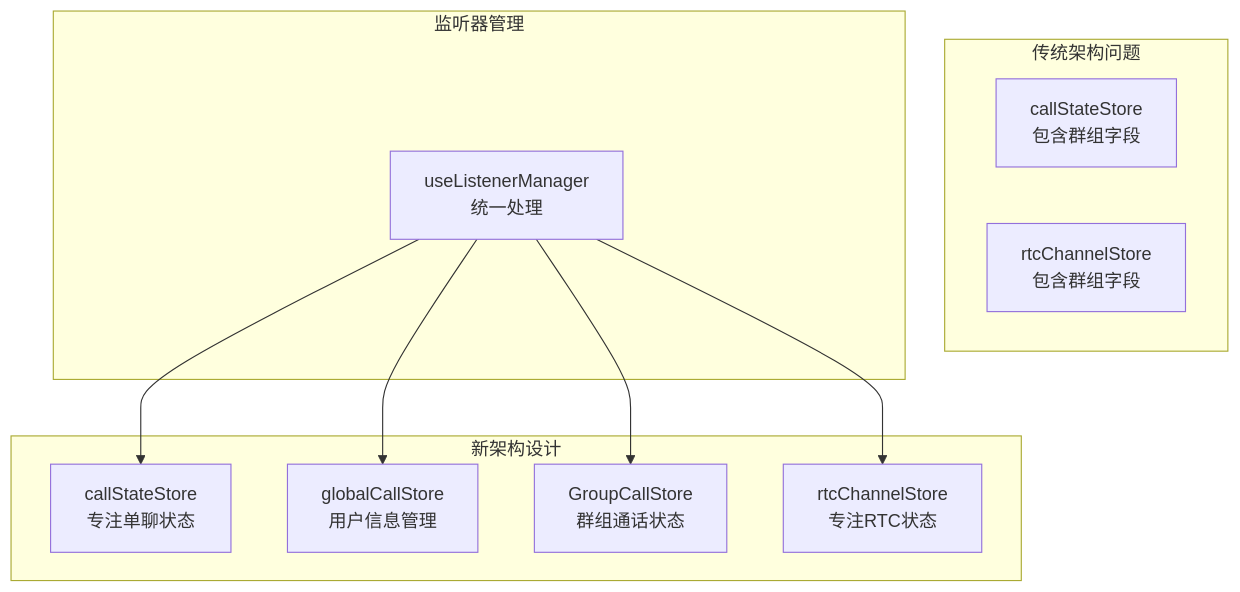
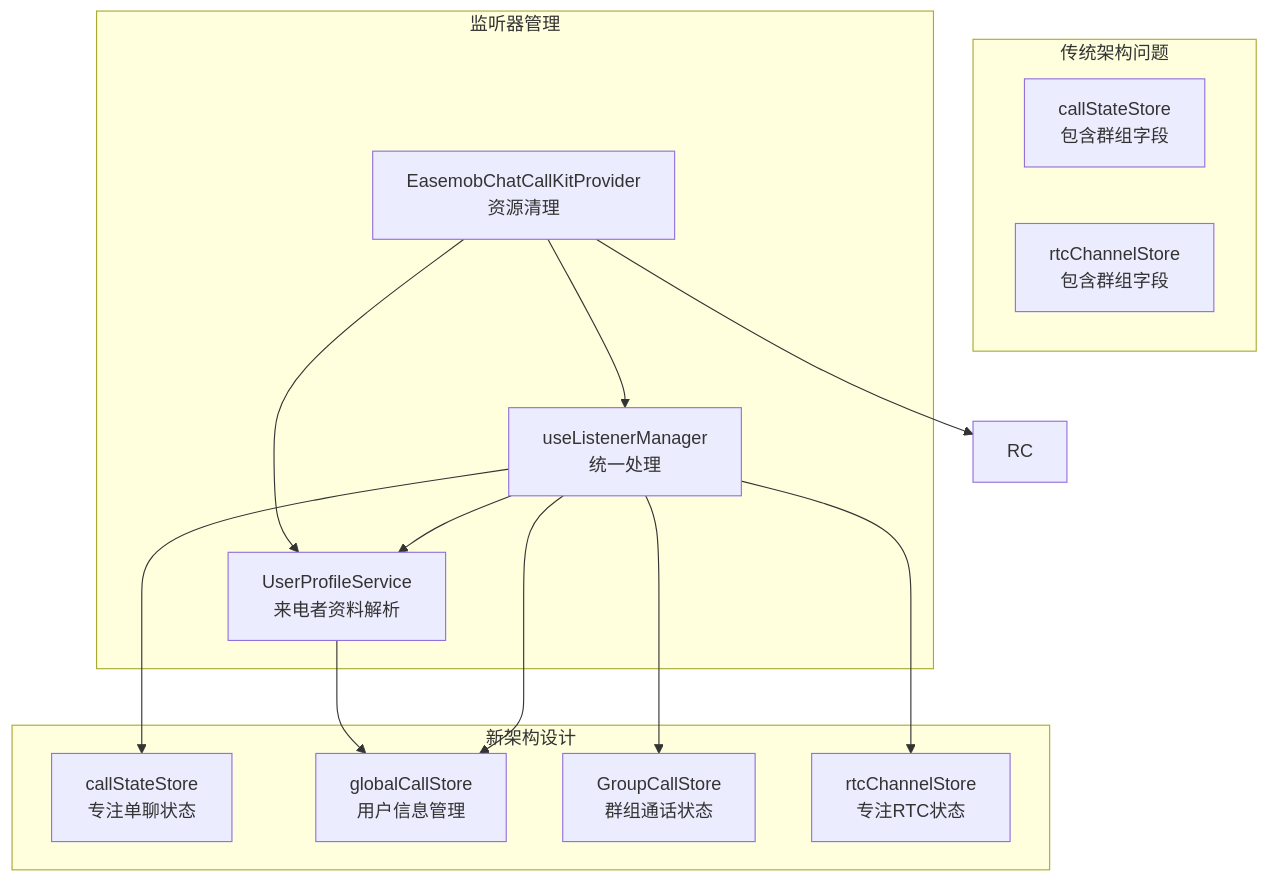
One commit to Easemob-Community/easemob-uikit-callkit-vue3 changed the third of 22 diagrams in .qoder/repowiki/zh/content/组合式 API/监听器管理 API.md. Above: the diagram before and after it, drawn with Mermaid. The commit also changed other lines of this file and 58 other files, not shown here.

````diff
--- a/.qoder/repowiki/zh/content/组合式 API/监听器管理 API.md
+++ b/.qoder/repowiki/zh/content/组合式 API/监听器管理 API.md
@@ -262,20 +331,27 @@
 ```mermaid
 graph TB
 subgraph "传统架构问题"
 CS1[callStateStore<br/>包含群组字段]
 RC1[rtcChannelStore<br/>包含群组字段]
 end
 subgraph "新架构设计"
 CS2[callStateStore<br/>专注单聊状态]
 GCS[globalCallStore<br/>用户信息管理]
 GCS2[GroupCallStore<br/>群组通话状态]
 RC2[rtcChannelStore<br/>专注RTC状态]
 end
 subgraph "监听器管理"
 LM[useListenerManager<br/>统一处理]
+UPS[UserProfileService<br/>来电者资料解析]
+ELM[EasemobChatCallKitProvider<br/>资源清理]
 end
 LM --> CS2
 LM --> GCS
 LM --> GCS2
 LM --> RC2
+LM --> UPS
+UPS --> GCS
+ELM --> LM
+ELM --> UPS
+ELM --> RC
 ```
````
